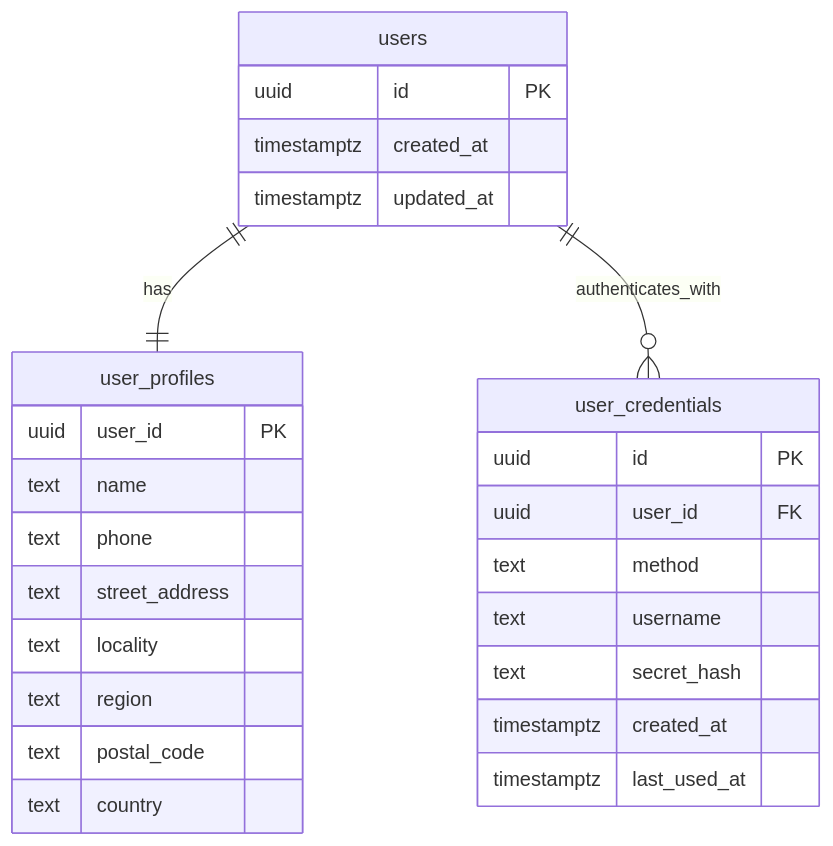
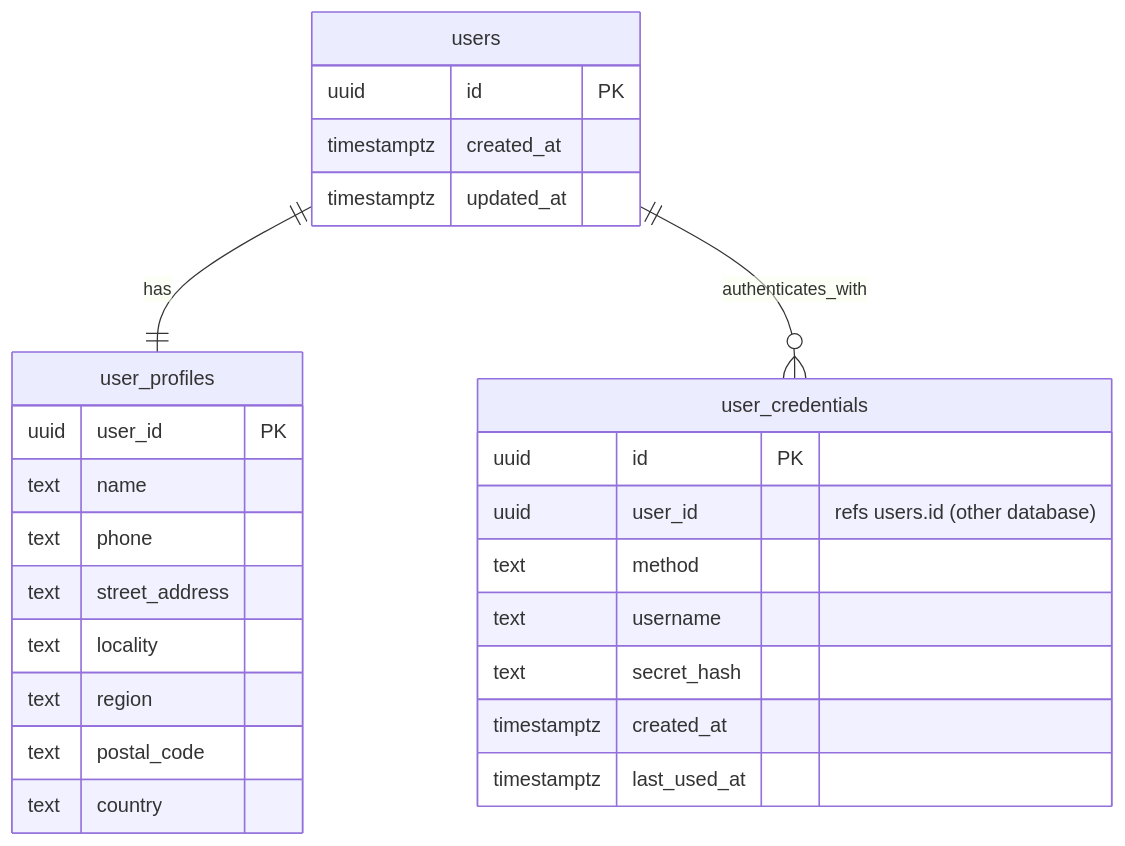
The second of 5 diagrams in docs/DESIGN.md (Sun-Wukhan/rolodex), drawn with Mermaid before and after one commit. The commit also changed other lines of this file and 1 other file, not shown here.

````diff
--- a/docs/DESIGN.md
+++ b/docs/DESIGN.md
@@ -40,29 +41,29 @@
 ```mermaid
 erDiagram
   users ||--|| user_profiles : has
   users ||--o{ user_credentials : authenticates_with
   users {
     uuid id PK
     timestamptz created_at
     timestamptz updated_at
   }
   user_profiles {
     uuid user_id PK
     text name
     text phone
     text street_address
     text locality
     text region
     text postal_code
     text country
   }
   user_credentials {
     uuid id PK
-    uuid user_id FK
+    uuid user_id "refs users.id (other database)"
     text method
     text username
     text secret_hash
     timestamptz created_at
     timestamptz last_used_at
   }
 ```
````
